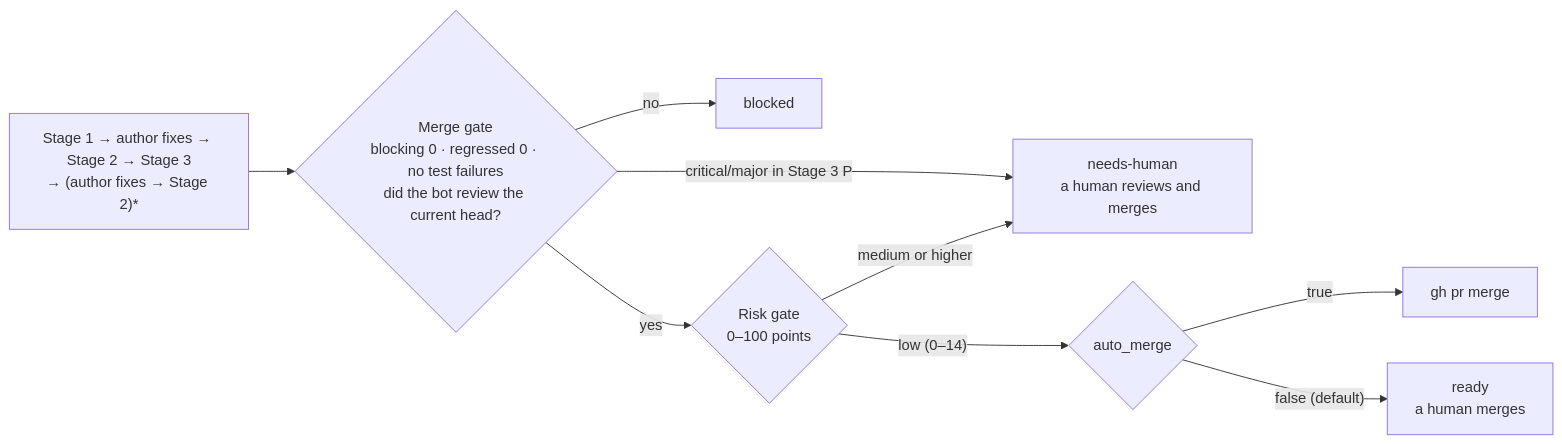
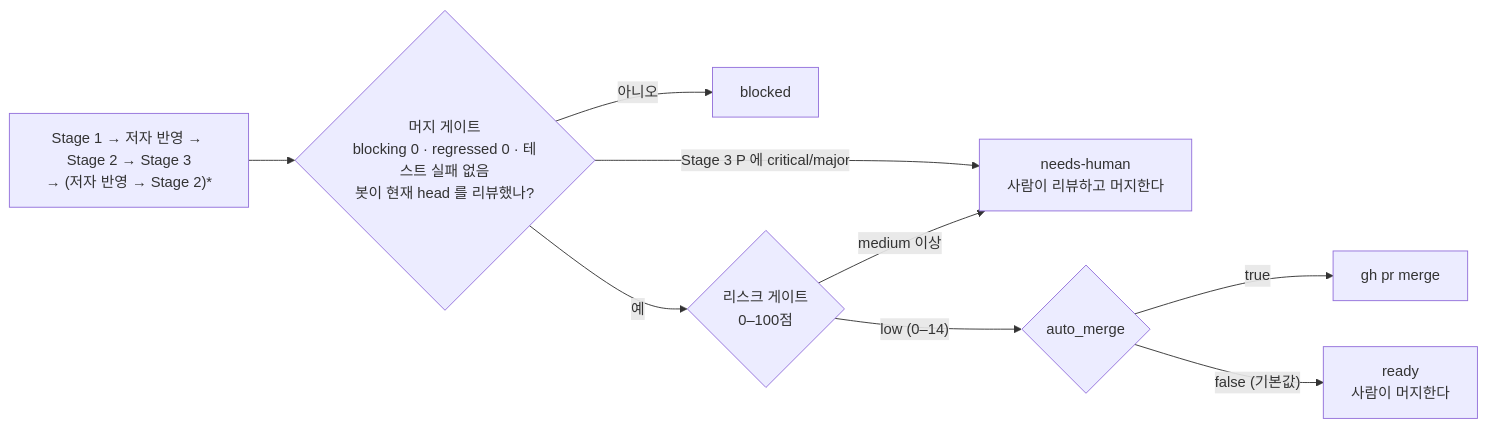
Before and after one commit to thswlsqls/pr-quorum: the diagram in README.ko.md, drawn with Mermaid. The commit also changed 1 other file, not shown here.

Commit message:
docs : [docs/readme-diagram] Translate the merge flow diagram in the Korean and Chinese READMEs

````diff
--- a/README.ko.md
+++ b/README.ko.md
@@ -34,11 +34,11 @@
 ```mermaid
 flowchart LR
-  C["Stage 1 → author fixes → Stage 2 → Stage 3<br/>→ (author fixes → Stage 2)*"] --> MG{"Merge gate<br/>blocking 0 · regressed 0 · no test failures<br/>did the bot review the current head?"}
-  MG -- no --> B[blocked]
-  MG -- "critical/major in Stage 3 P" --> H
-  MG -- yes --> RG{"Risk gate<br/>0–100 points"}
+  C["Stage 1 → 저자 반영 → Stage 2 → Stage 3<br/>→ (저자 반영 → Stage 2)*"] --> MG{"머지 게이트<br/>blocking 0 · regressed 0 · 테스트 실패 없음<br/>봇이 현재 head 를 리뷰했나?"}
+  MG -- "아니오" --> B[blocked]
+  MG -- "Stage 3 P 에 critical/major" --> H
+  MG -- "예" --> RG{"리스크 게이트<br/>0–100점"}
   RG -- "low (0–14)" --> A{"auto_merge"}
   A -- true --> M[gh pr merge]
-  A -- "false (default)" --> R["ready<br/>a human merges"]
-  RG -- "medium or higher" --> H["needs-human<br/>a human reviews and merges"]
+  A -- "false (기본값)" --> R["ready<br/>사람이 머지한다"]
+  RG -- "medium 이상" --> H["needs-human<br/>사람이 리뷰하고 머지한다"]
 ```
````
